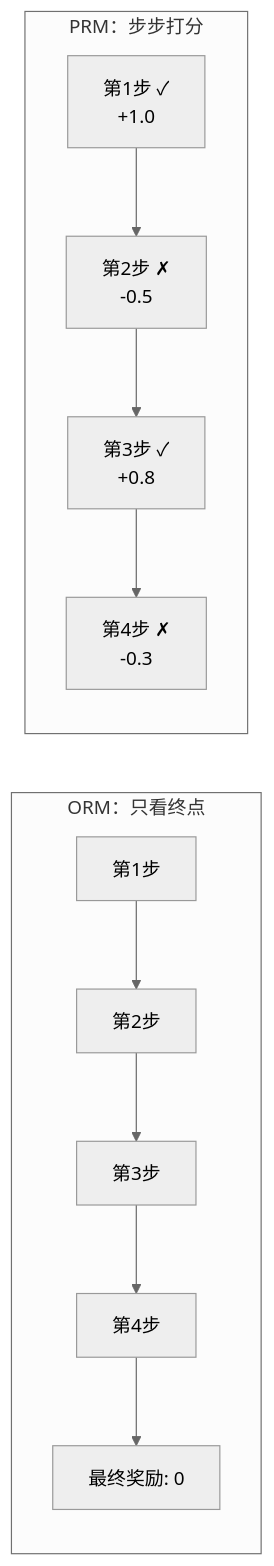
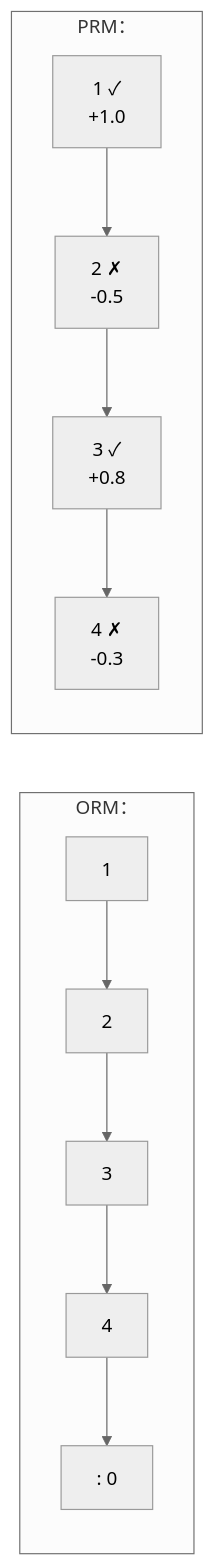
Before and after one commit to letslego/hands-on-modern-rl: the diagram in docs/chapter10_agentic_rl/intro.md, drawn with Mermaid (neutral theme). The commit also changed other lines of this file and 267 other files, not shown here.

````diff
--- a/docs/chapter10_agentic_rl/intro.md
+++ b/docs/chapter10_agentic_rl/intro.md
@@ -112,10 +112,10 @@
 ```mermaid
 graph LR
-    subgraph "ORM：只看终点"
-        A1["第1步"] --> A2["第2步"] --> A3["第3步"] --> A4["第4步"] --> R1["最终奖励: 0"]
+    subgraph "ORM："
+        A1["1"] --> A2["2"] --> A3["3"] --> A4["4"] --> R1[": 0"]
     end
-    subgraph "PRM：步步打分"
-        B1["第1步 ✓<br/>+1.0"] --> B2["第2步 ✗<br/>-0.5"] --> B3["第3步 ✓<br/>+0.8"] --> B4["第4步 ✗<br/>-0.3"]
+    subgraph "PRM："
+        B1["1 ✓<br/>+1.0"] --> B2["2 ✗<br/>-0.5"] --> B3["3 ✓<br/>+0.8"] --> B4["4 ✗<br/>-0.3"]
     end
 
 ```
````
